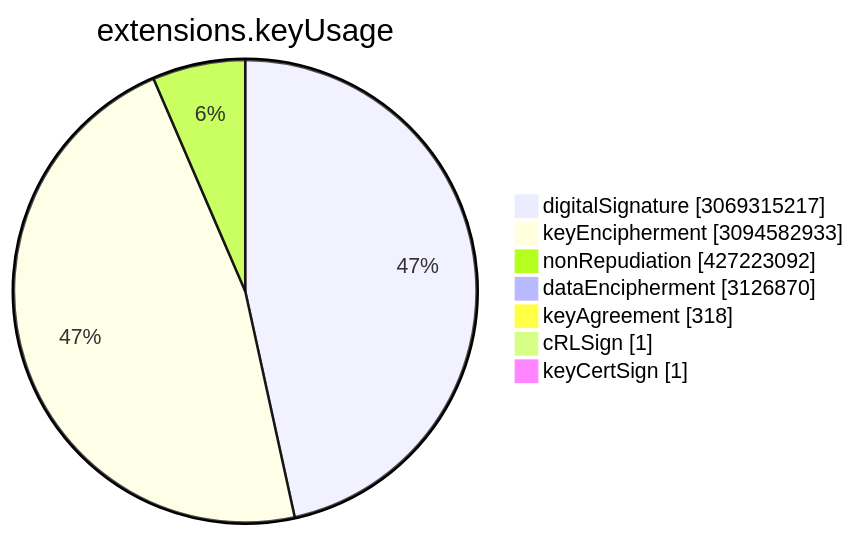
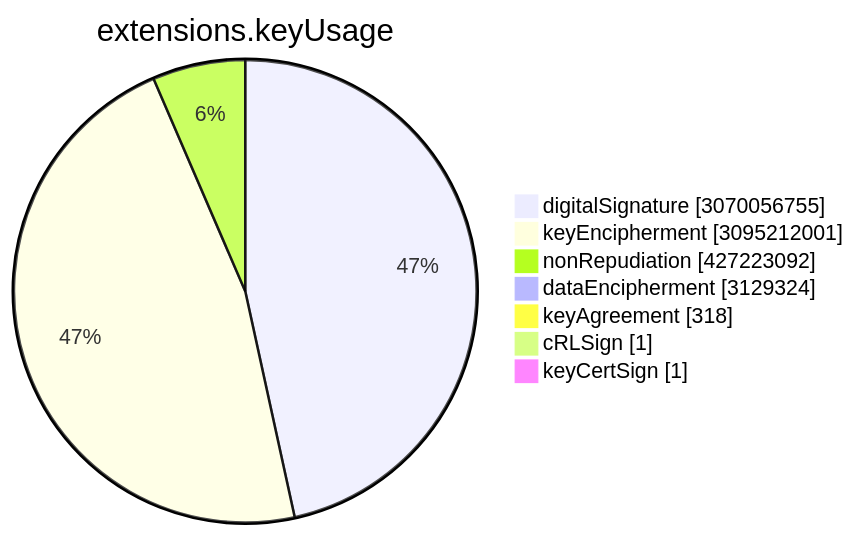
The sixth of 15 diagrams in TOTAL/README.md (christiankrug/ctmonitor_visualization), drawn with Mermaid before and after one commit. The commit also changed other lines of this file, not shown here.

````diff
--- a/TOTAL/README.md
+++ b/TOTAL/README.md
@@ -3075,11 +3075,11 @@
 ```mermaid
 pie showData
 title extensions.keyUsage
-"digitalSignature" :3069315217
-"keyEncipherment" :3094582933
+"digitalSignature" :3070056755
+"keyEncipherment" :3095212001
 "nonRepudiation" :427223092
-"dataEncipherment" :3126870
+"dataEncipherment" :3129324
 "keyAgreement" :318
 "cRLSign" :1
 "keyCertSign" :1
 ```
````
